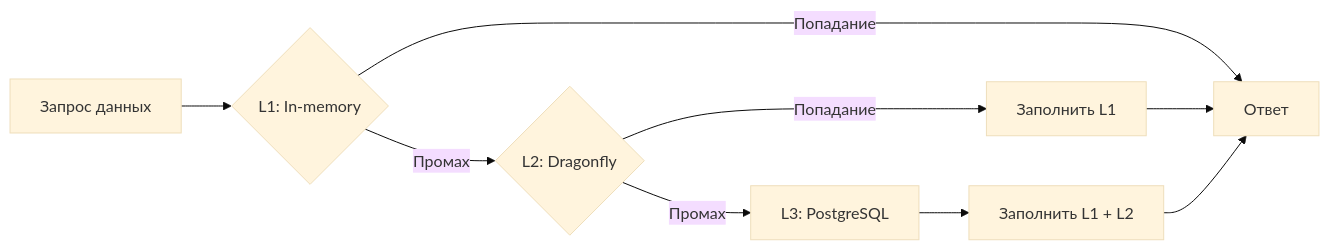
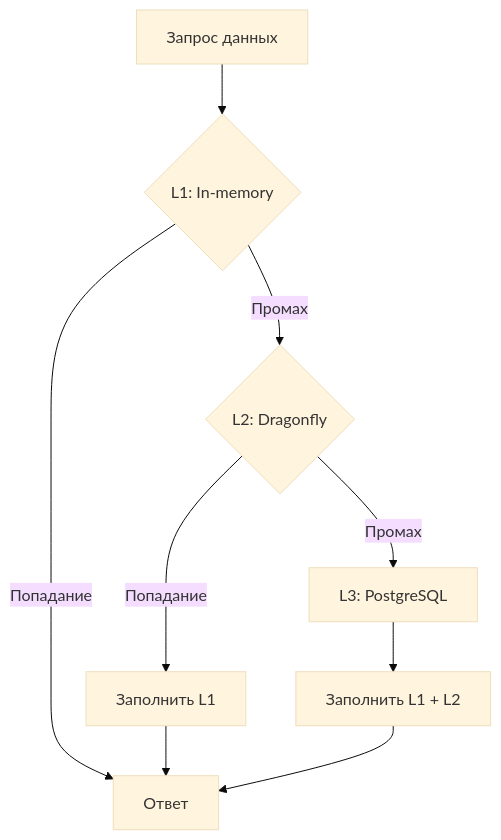
Before and after one commit to nikitakaralius/bachelor-diploma: the diagram in diagrams/mmd/ch2_cache_layers.mmd, drawn with Mermaid (base theme). The commit also changed 5 other files, not shown here.

```diff
--- a/diagrams/mmd/ch2_cache_layers.mmd
+++ b/diagrams/mmd/ch2_cache_layers.mmd
@@ -1,9 +1,6 @@
-flowchart LR
+flowchart TB
     Request["Запрос данных"] --> L1{"L1: In-memory"}
     L1 -->|Попадание| Response["Ответ"]
     L1 -->|Промах| L2{"L2: Dragonfly"}
-    L2 -->|Попадание| FillL1["Заполнить L1"]
-    FillL1 --> Response
-    L2 -->|Промах| L3["L3: PostgreSQL"]
-    L3 --> FillL2["Заполнить L1 + L2"]
-    FillL2 --> Response
+    L2 -->|Попадание| FillL1["Заполнить L1"] --> Response
+    L2 -->|Промах| L3["L3: PostgreSQL"] --> FillL2["Заполнить L1 + L2"] --> Response
```
